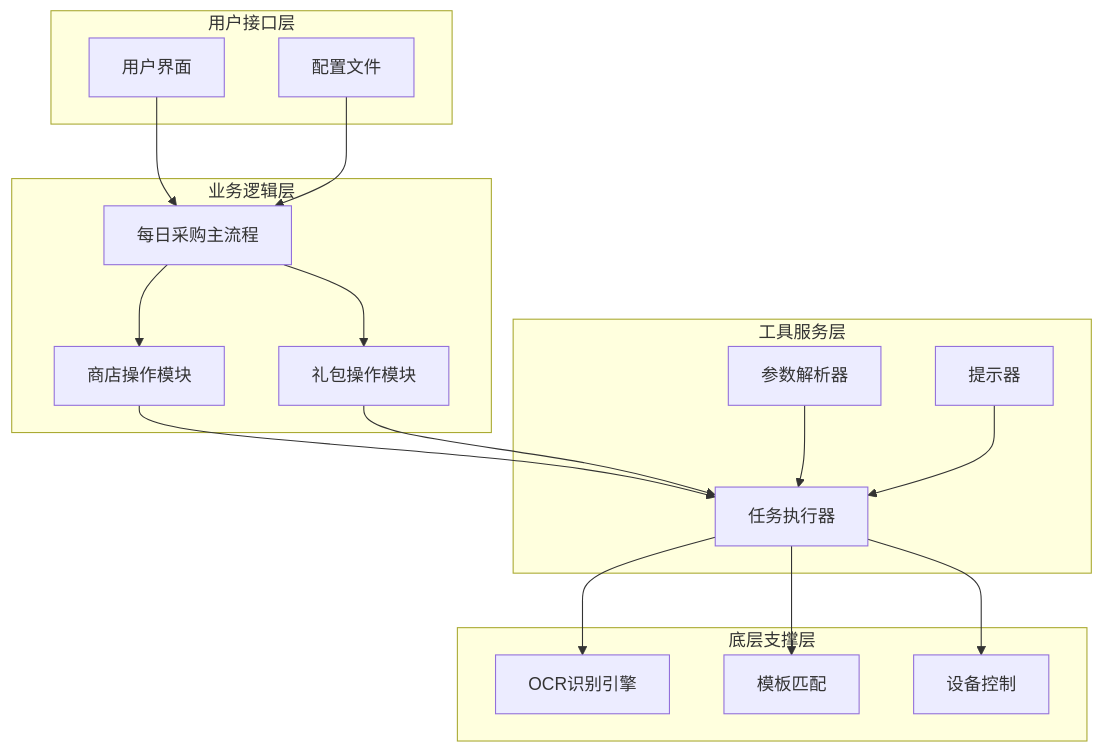
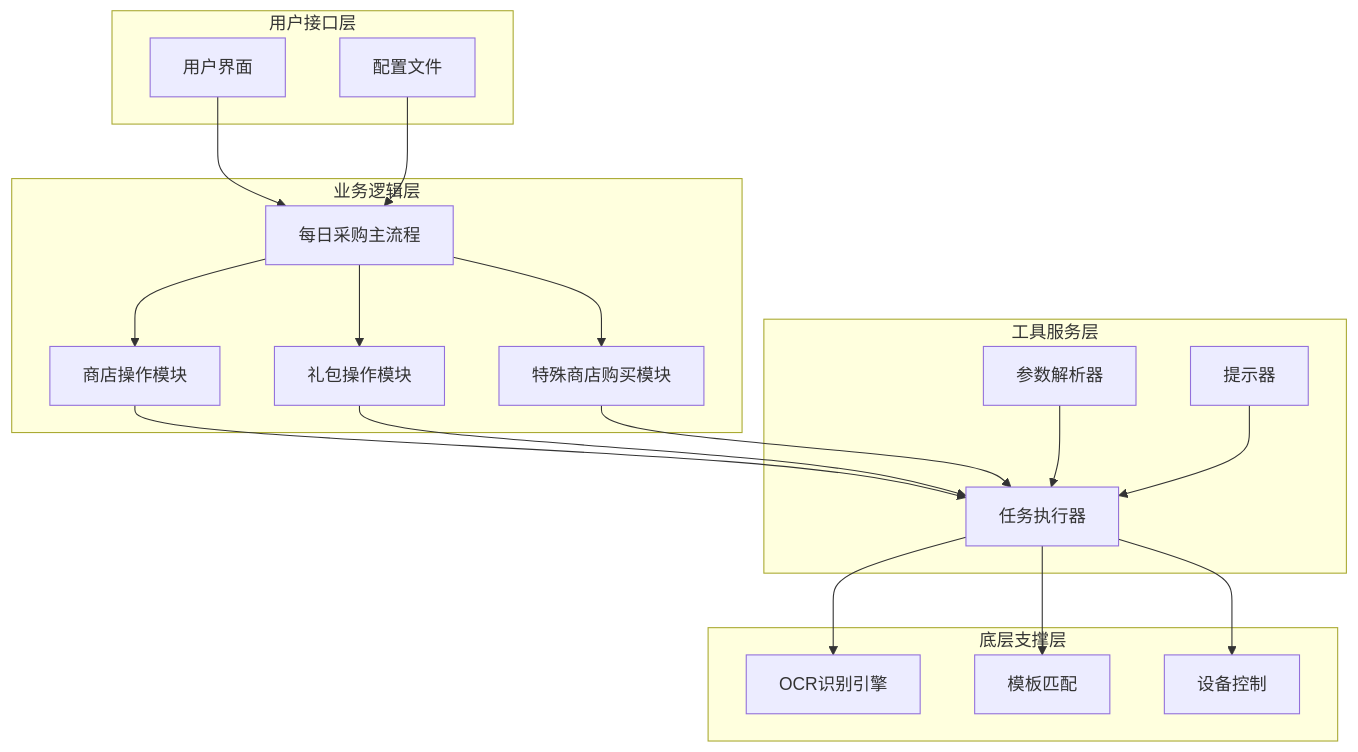
Before and after one commit to kqcoxn/MaaDuDuL: the second of 12 diagrams in .qoder/repowiki/zh/content/核心功能详解/日常任务功能/每日采购功能.md, drawn with Mermaid. The commit also changed other lines of this file and 12 other files, not shown here.

````diff
--- a/.qoder/repowiki/zh/content/核心功能详解/日常任务功能/每日采购功能.md
+++ b/.qoder/repowiki/zh/content/核心功能详解/日常任务功能/每日采购功能.md
@@ -110,33 +124,36 @@
 ```mermaid
 graph TD
 subgraph "用户接口层"
 UI[用户界面]
 Config[配置文件]
 end
 subgraph "业务逻辑层"
 Purchase[每日采购主流程]
 Store[商店操作模块]
 Gift[礼包操作模块]
+SpecialStore[特殊商店购买模块]
 end
 subgraph "工具服务层"
 Tasker[任务执行器]
 Param[参数解析器]
 Prompt[提示器]
 end
 subgraph "底层支撑层"
 OCR[OCR识别引擎]
 Template[模板匹配]
 Controller[设备控制]
 end
 UI --> Purchase
 Config --> Purchase
 Purchase --> Store
 Purchase --> Gift
+Purchase --> SpecialStore
 Store --> Tasker
 Gift --> Tasker
+SpecialStore --> Tasker
 Tasker --> OCR
 Tasker --> Template
 Tasker --> Controller
 Param --> Tasker
 Prompt --> Tasker
 ```
````
